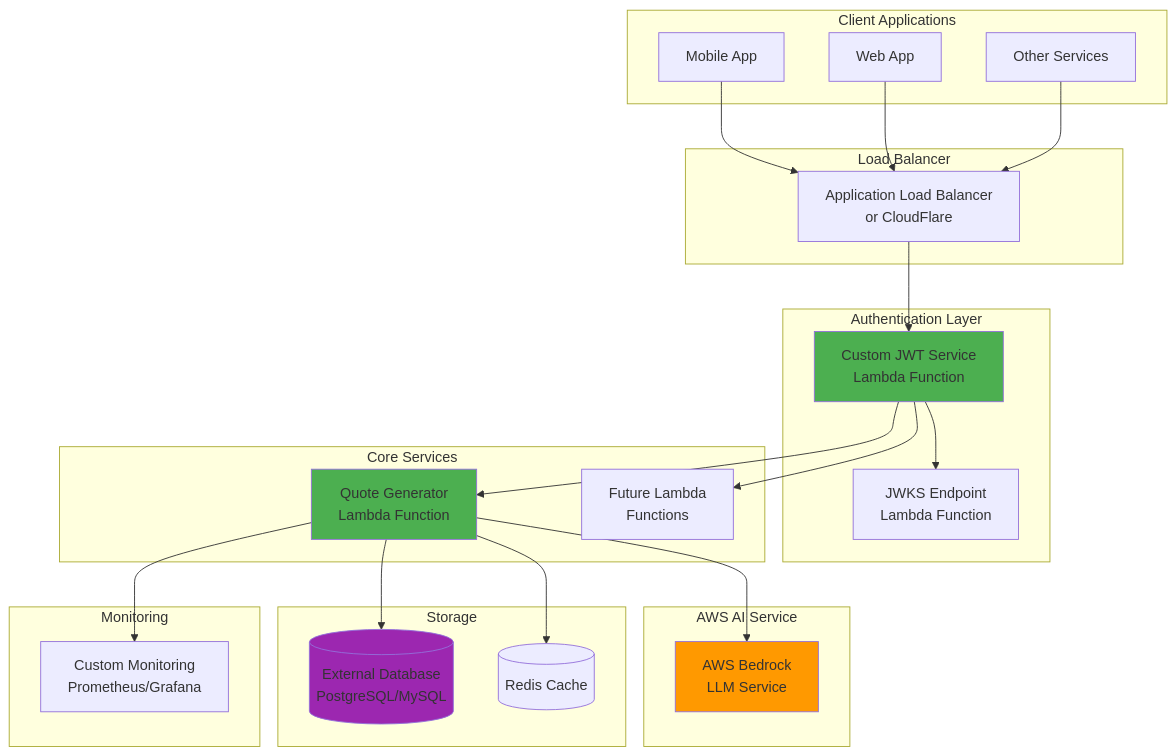
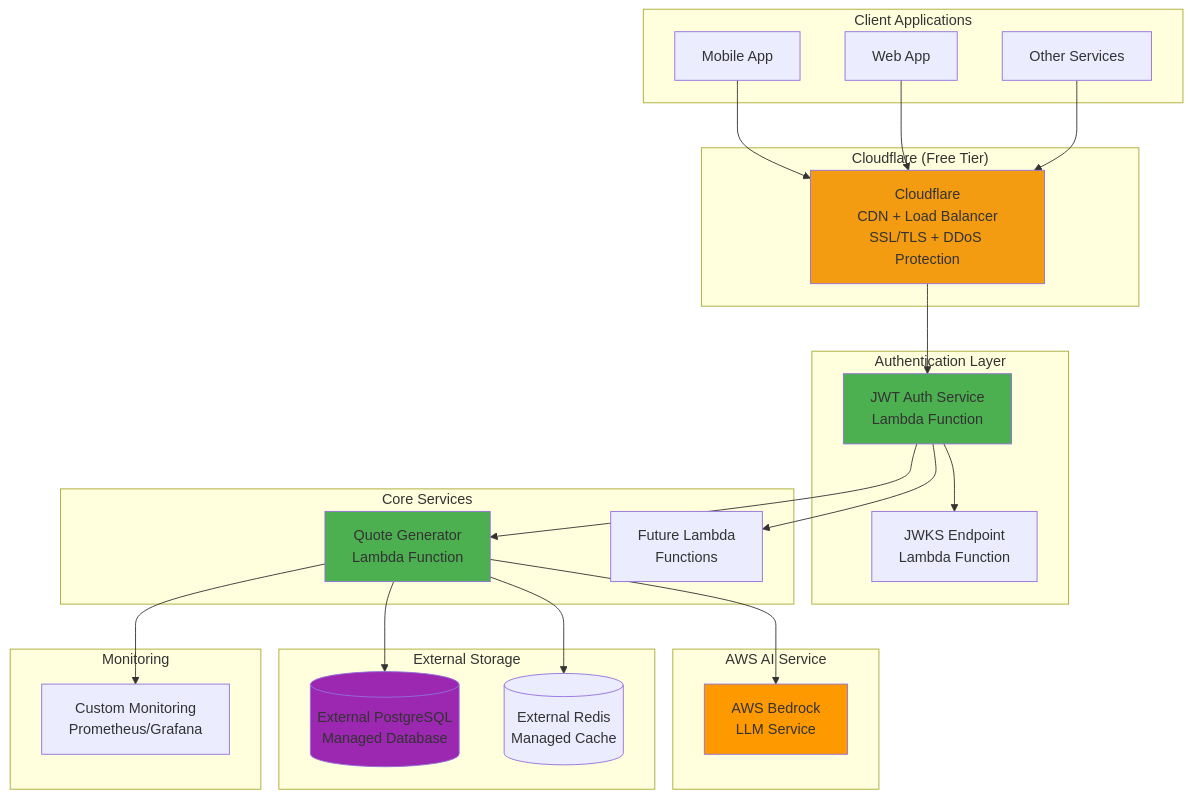
The diagram in README.md (klawed/sloth-util), drawn with Mermaid before and after one commit. The commit also changed other lines of this file, not shown here.

First line of the commit message:
Update README to reflect cloud-agnostic architecture focus

````diff
--- a/README.md
+++ b/README.md
@@ -85,52 +52,53 @@
 ```mermaid
 graph TB
     subgraph "Client Applications"
         A[Mobile App]
         B[Web App]
         C[Other Services]
     end
     
-    subgraph "Load Balancer"
-        LB[Application Load Balancer<br/>or CloudFlare]
+    subgraph "Cloudflare (Free Tier)"
+        CF[Cloudflare<br/>CDN + Load Balancer<br/>SSL/TLS + DDoS Protection]
     end
     
     subgraph "Authentication Layer"
-        AUTH[Custom JWT Service<br/>Lambda Function]
+        AUTH[JWT Auth Service<br/>Lambda Function]
         JWKS[JWKS Endpoint<br/>Lambda Function]
     end
     
     subgraph "Core Services"
         L1[Quote Generator<br/>Lambda Function]
         L2[Future Lambda<br/>Functions]
     end
     
     subgraph "AWS AI Service"
         BR[AWS Bedrock<br/>LLM Service]
     end
     
-    subgraph "Storage"
-        DB[(External Database<br/>PostgreSQL/MySQL)]
-        CACHE[(Redis Cache)]
+    subgraph "External Storage"
+        DB[(External PostgreSQL<br/>Managed Database)]
+        CACHE[(External Redis<br/>Managed Cache)]
     end
     
     subgraph "Monitoring"
         MON[Custom Monitoring<br/>Prometheus/Grafana]
     end
     
-    A --> LB
-    B --> LB
-    C --> LB
-    LB --> AUTH
+    A --> CF
+    B --> CF
+    C --> CF
+    CF --> AUTH
     AUTH --> JWKS
     AUTH --> L1
     AUTH --> L2
     L1 --> BR
     L1 --> DB
     L1 --> CACHE
     L1 --> MON
     
     style AUTH fill:#4CAF50
     style L1 fill:#4CAF50
     style BR fill:#ff9900
     style DB fill:#9C27B0
+    style CF fill:#f39c12
 ```
````
